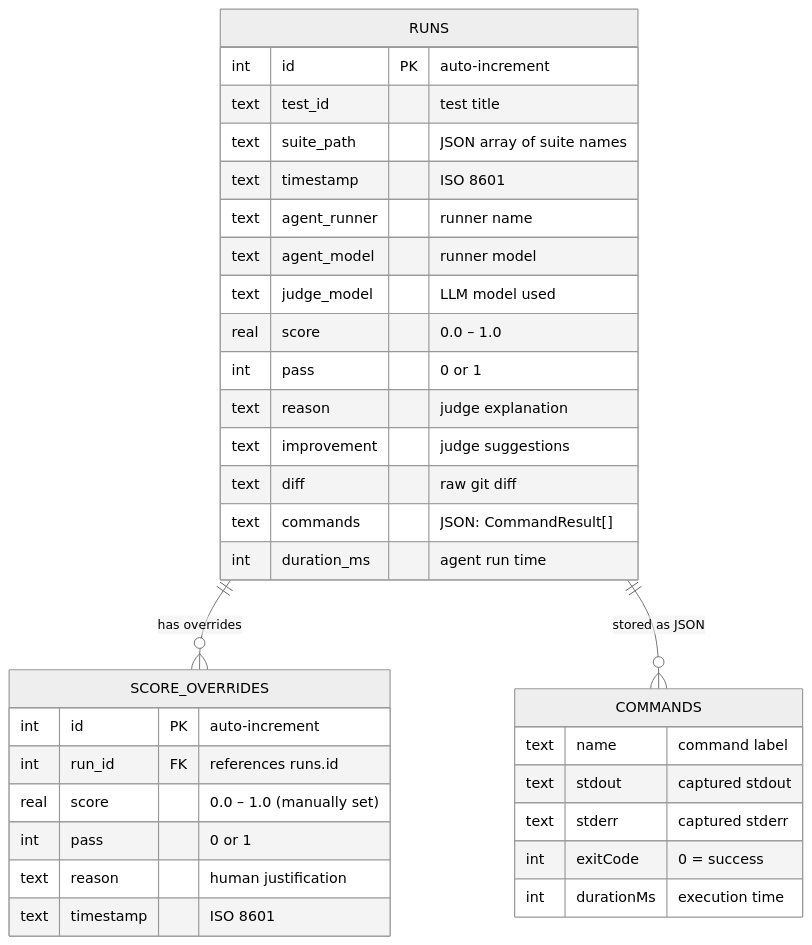
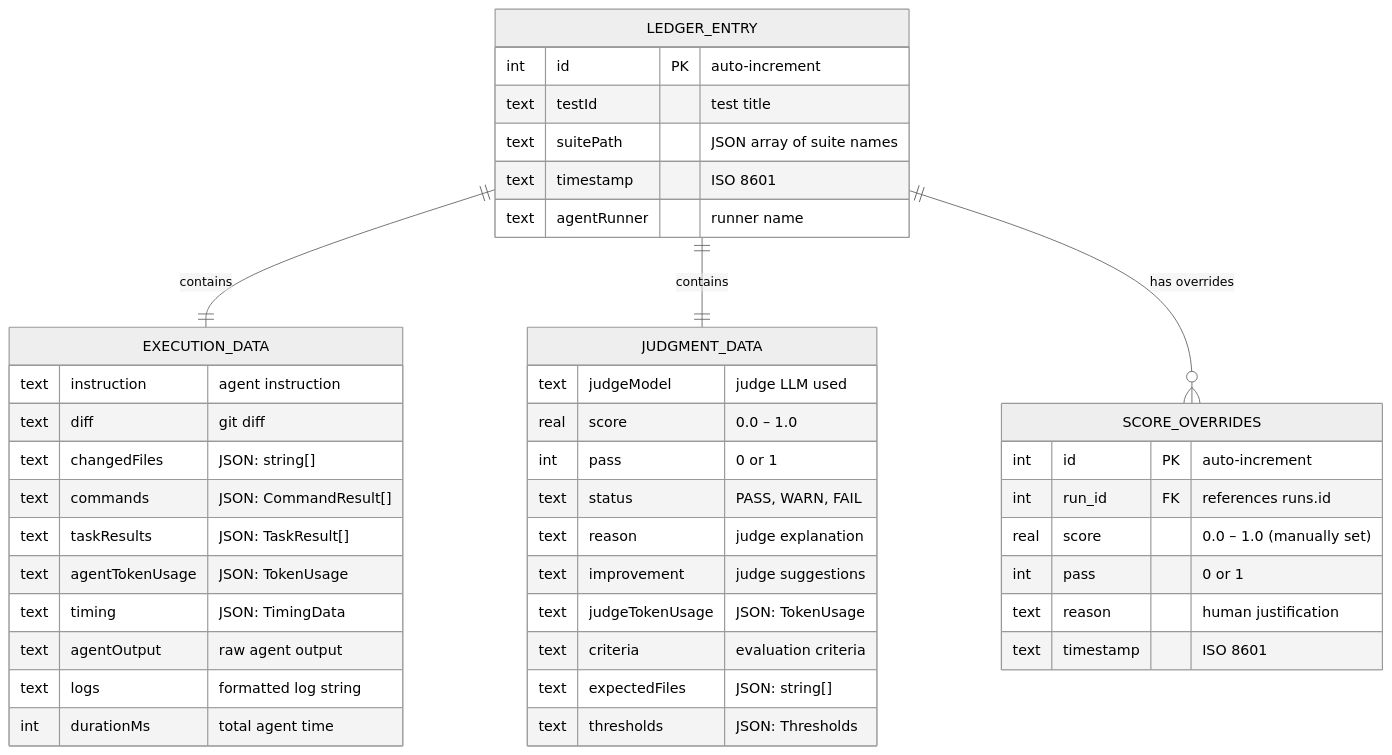
The fifth of 5 diagrams in apps/docs/guide/architecture.md (Tlahey/agent-eval), drawn with Mermaid (neutral theme) before and after one commit. The commit also changed other lines of this file and 11 other files, not shown here.

First line of the commit message:
docs: comprehensive documentation update for plugin architecture

````diff
--- a/apps/docs/guide/architecture.md
+++ b/apps/docs/guide/architecture.md
@@ -251,38 +265,49 @@
 ```mermaid
 erDiagram
-    RUNS {
+    LEDGER_ENTRY {
         int id PK "auto-increment"
-        text test_id "test title"
-        text suite_path "JSON array of suite names"
+        text testId "test title"
+        text suitePath "JSON array of suite names"
         text timestamp "ISO 8601"
-        text agent_runner "runner name"
-        text agent_model "runner model"
-        text judge_model "LLM model used"
+        text agentRunner "runner name"
+    }
+
+    EXECUTION_DATA {
+        text instruction "agent instruction"
+        text diff "git diff"
+        text changedFiles "JSON: string[]"
+        text commands "JSON: CommandResult[]"
+        text taskResults "JSON: TaskResult[]"
+        text agentTokenUsage "JSON: TokenUsage"
+        text timing "JSON: TimingData"
+        text agentOutput "raw agent output"
+        text logs "formatted log string"
+        int durationMs "total agent time"
+    }
+
+    JUDGMENT_DATA {
+        text judgeModel "judge LLM used"
         real score "0.0 – 1.0"
         int pass "0 or 1"
+        text status "PASS, WARN, FAIL"
         text reason "judge explanation"
         text improvement "judge suggestions"
-        text diff "raw git diff"
-        text commands "JSON: CommandResult[]"
-        int duration_ms "agent run time"
+        text judgeTokenUsage "JSON: TokenUsage"
+        text criteria "evaluation criteria"
+        text expectedFiles "JSON: string[]"
+        text thresholds "JSON: Thresholds"
     }
 
     SCORE_OVERRIDES {
         int id PK "auto-increment"
         int run_id FK "references runs.id"
         real score "0.0 – 1.0 (manually set)"
         int pass "0 or 1"
         text reason "human justification"
         text timestamp "ISO 8601"
     }
 
-    RUNS ||--o{ SCORE_OVERRIDES : "has overrides"
-    RUNS ||--o{ COMMANDS : "stored as JSON"
-    COMMANDS {
-        text name "command label"
-        text stdout "captured stdout"
-        text stderr "captured stderr"
-        int exitCode "0 = success"
-        int durationMs "execution time"
-    }
+    LEDGER_ENTRY ||--|| EXECUTION_DATA : "contains"
+    LEDGER_ENTRY ||--|| JUDGMENT_DATA : "contains"
+    LEDGER_ENTRY ||--o{ SCORE_OVERRIDES : "has overrides"
 ```
````
